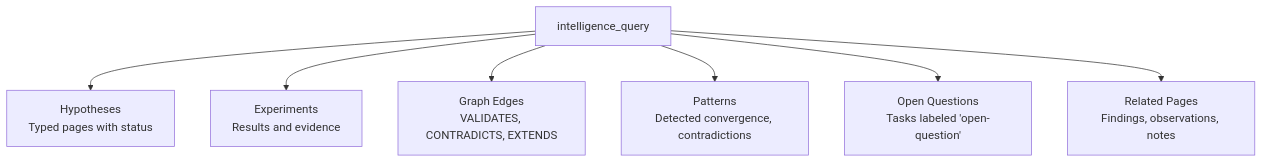
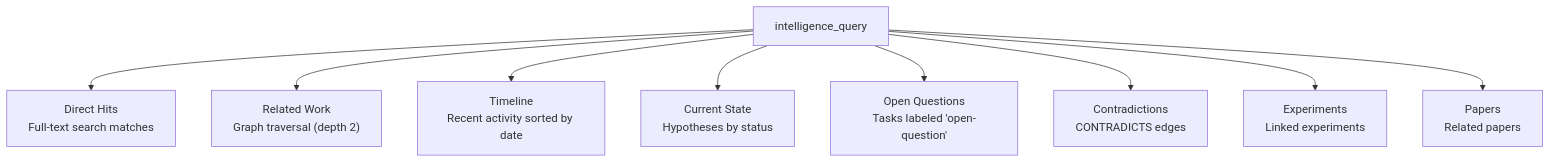
The diagram in apps/docs/docs/mcp/tools/intelligence.md (HaruHunab1320/raven-docs), drawn with Mermaid before and after one commit. The commit also changed other lines of this file and 15 other files, not shown here.

````diff
--- a/apps/docs/docs/mcp/tools/intelligence.md
+++ b/apps/docs/docs/mcp/tools/intelligence.md
@@ -97,10 +104,12 @@
 ```mermaid
 flowchart TB
     Q["intelligence_query"]
-    Q --> H["Hypotheses<br/>Typed pages with status"]
-    Q --> E["Experiments<br/>Results and evidence"]
-    Q --> G["Graph Edges<br/>VALIDATES, CONTRADICTS, EXTENDS"]
-    Q --> P["Patterns<br/>Detected convergence, contradictions"]
+    Q --> DH["Direct Hits<br/>Full-text search matches"]
+    Q --> RW["Related Work<br/>Graph traversal (depth 2)"]
+    Q --> TL["Timeline<br/>Recent activity sorted by date"]
+    Q --> CS["Current State<br/>Hypotheses by status"]
     Q --> OQ["Open Questions<br/>Tasks labeled 'open-question'"]
-    Q --> R["Related Pages<br/>Findings, observations, notes"]
+    Q --> CT["Contradictions<br/>CONTRADICTS edges"]
+    Q --> EX["Experiments<br/>Linked experiments"]
+    Q --> PA["Papers<br/>Related papers"]
 ```
````
